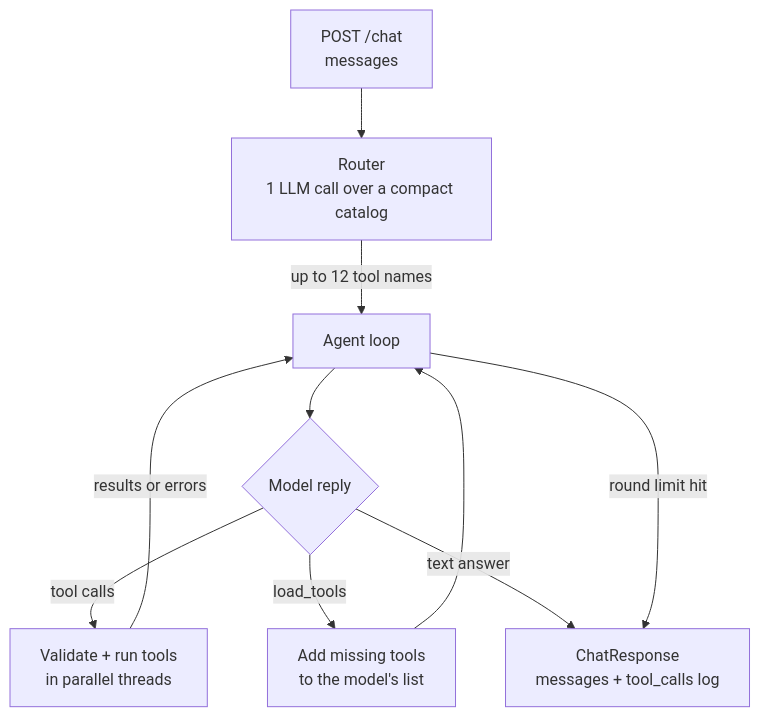
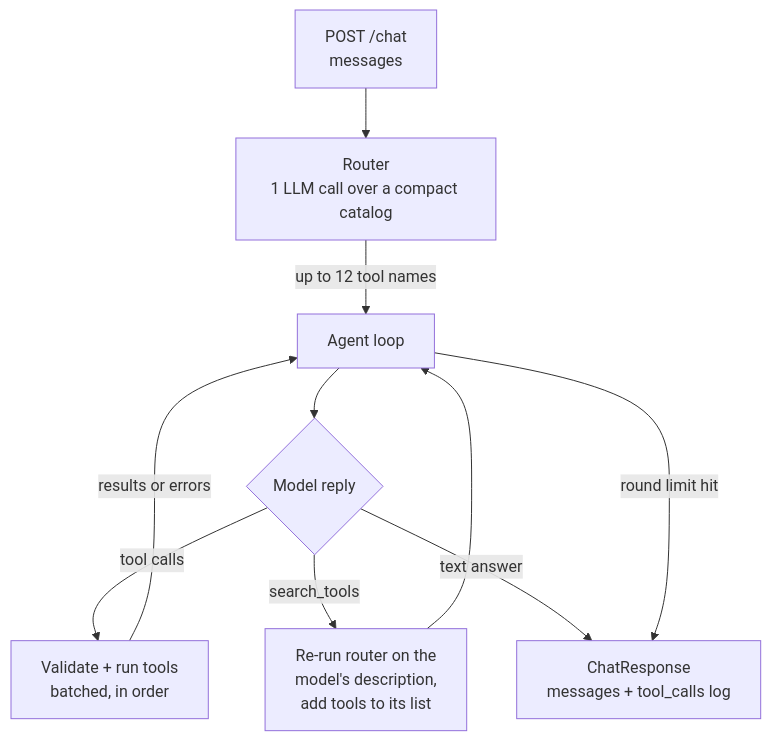
Before and after one commit to jchen208208/agent-tool-orchestrator: the diagram in candidate/DESIGN.md, drawn with Mermaid. The commit also changed other lines of this file and 2 other files, not shown here.

Commit message:
Finish search_tools fallback: update DESIGN.md and router comment, add agent loop unit tests

````diff
--- a/candidate/DESIGN.md
+++ b/candidate/DESIGN.md
@@ -13,12 +13,12 @@
 ```mermaid
 flowchart TD
     A[POST /chat<br/>messages] --> B[Router<br/>1 LLM call over a compact catalog]
     B -->|up to 12 tool names| C[Agent loop]
     C --> D{Model reply}
-    D -->|tool calls| E[Validate + run tools<br/>in parallel threads]
+    D -->|tool calls| E[Validate + run tools<br/>batched, in order]
     E -->|results or errors| C
-    D -->|load_tools| F[Add missing tools<br/>to the model's list]
+    D -->|search_tools| F[Re-run router on the<br/>model's description,<br/>add tools to its list]
     F --> C
     D -->|text answer| G[ChatResponse<br/>messages + tool_calls log]
     C -->|round limit hit| G
 ```
````
